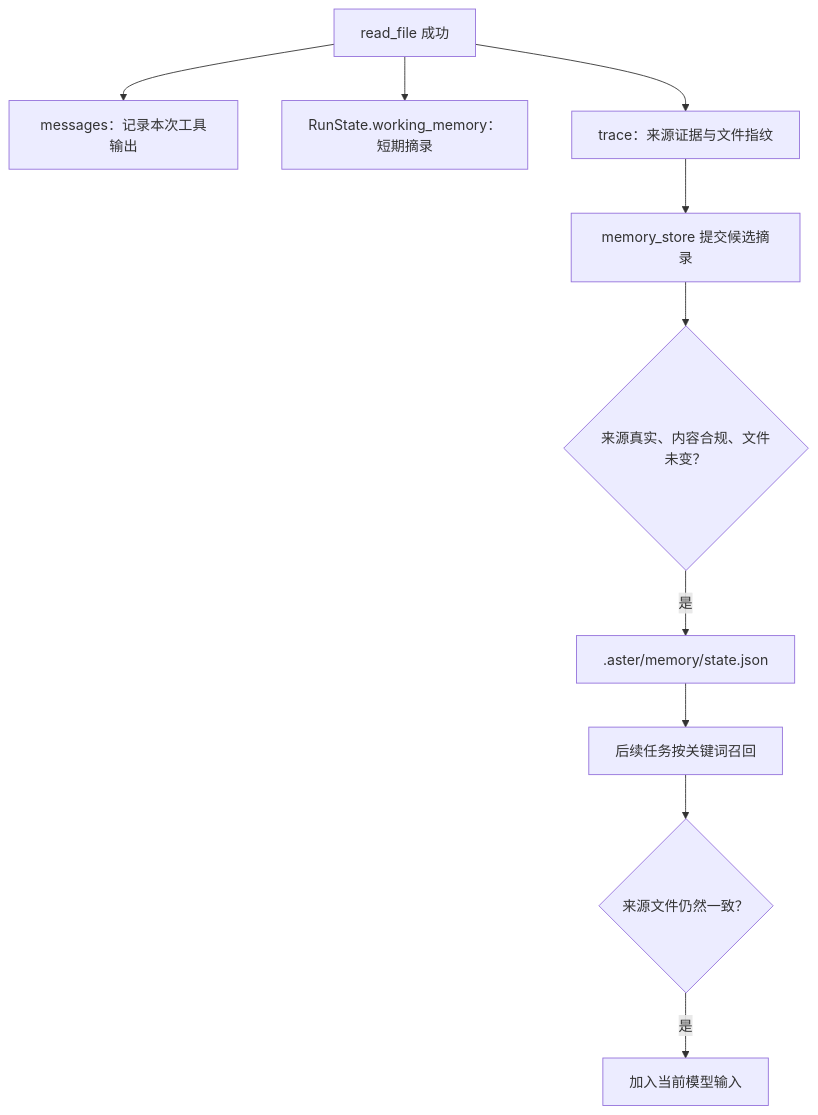
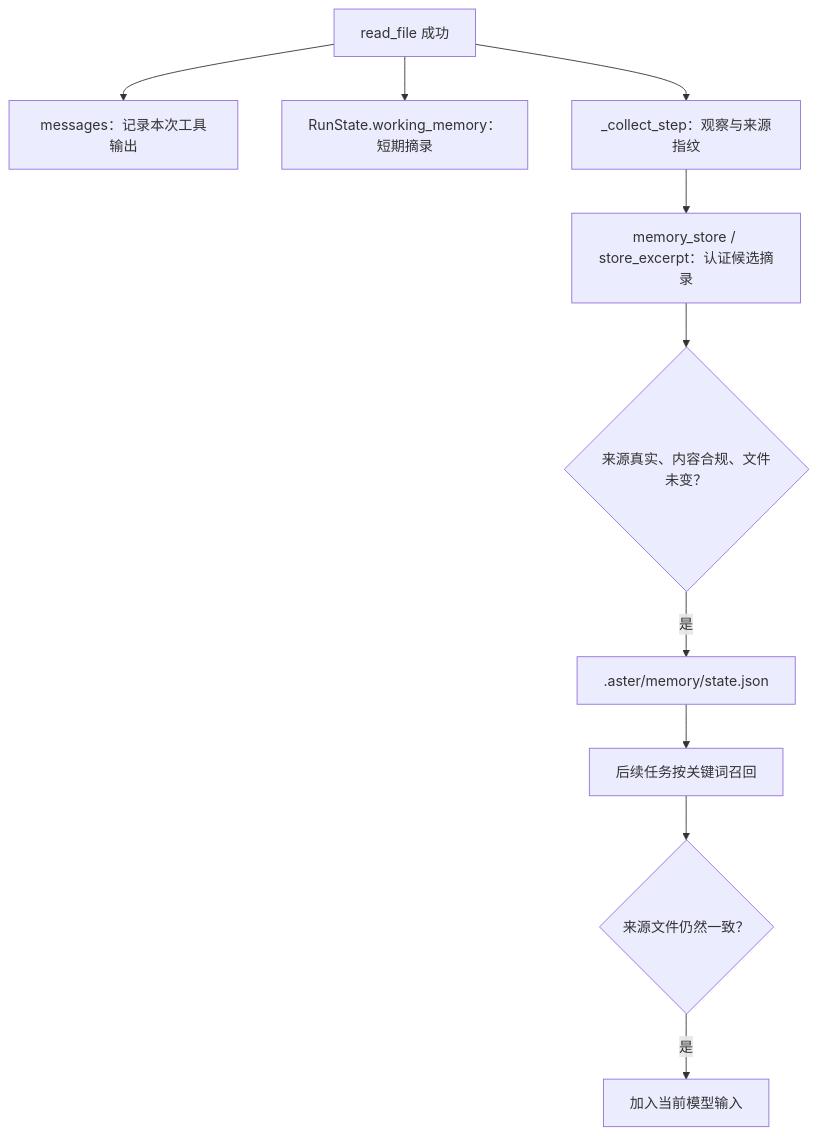
The diagram in docs/learning/10-layered-memory.md (prossiblezero/Aster), drawn with Mermaid before and after one commit. The commit also changed other lines of this file and 73 other files, not shown here.

````diff
--- a/docs/learning/10-layered-memory.md
+++ b/docs/learning/10-layered-memory.md
@@ -15,12 +15,12 @@
 ```mermaid
 flowchart TD
     A[read_file 成功] --> B[messages：记录本次工具输出]
     A --> C[RunState.working_memory：短期摘录]
-    A --> D[trace：来源证据与文件指纹]
-    D --> E[memory_store 提交候选摘录]
+    A --> D[_collect_step：观察与来源指纹]
+    D --> E[memory_store / store_excerpt：认证候选摘录]
     E --> F{来源真实、内容合规、文件未变？}
     F -->|是| G[.aster/memory/state.json]
     G --> H[后续任务按关键词召回]
     H --> I{来源文件仍然一致？}
     I -->|是| J[加入当前模型输入]
 ```
````
